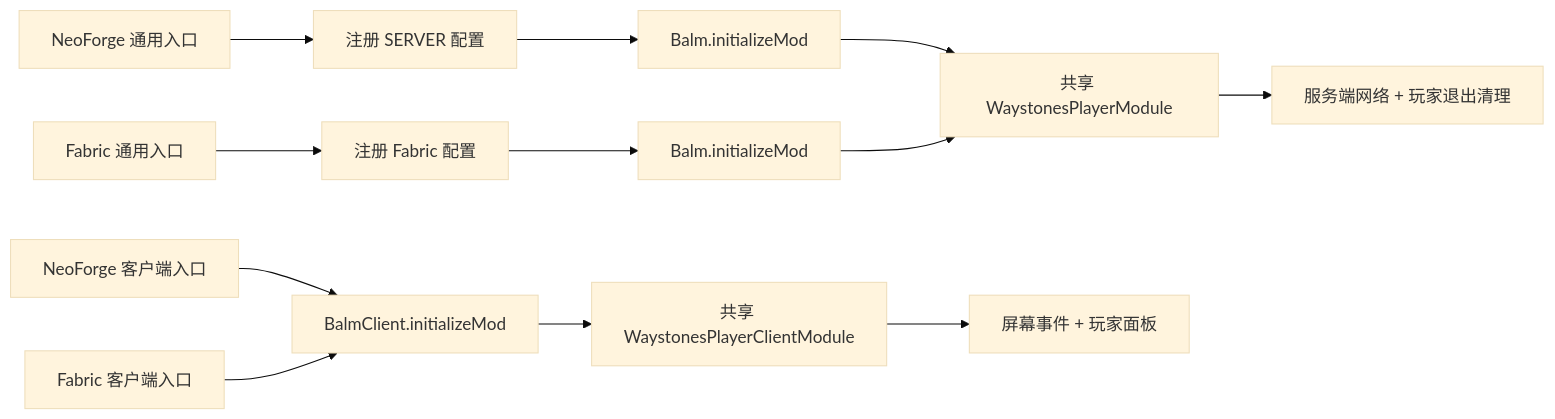
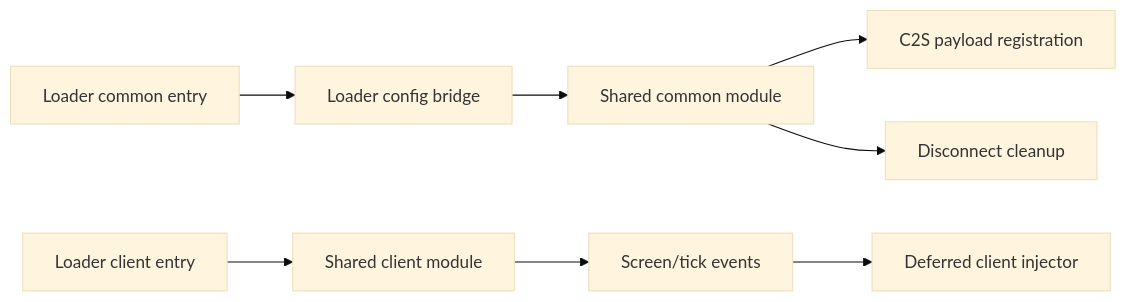
One commit to PalosJ/Waystones-Player-to-player-TP changed the diagram in docs/ARCHITECTURE.md. Above: the diagram before and after it, drawn with Mermaid (base theme). The commit also changed other lines of this file and 60 other files, not shown here.

Commit message:
Harden canonical architecture and player destinations

````diff
--- a/docs/ARCHITECTURE.md
+++ b/docs/ARCHITECTURE.md
@@ -52,15 +51,10 @@
 ```mermaid
 flowchart LR
-    N["NeoForge 通用入口"] --> NC["注册 SERVER 配置"]
-    NC --> NB["Balm.initializeMod"]
-    F["Fabric 通用入口"] --> FC["注册 Fabric 配置"]
-    FC --> FB["Balm.initializeMod"]
-    NB --> M["共享 WaystonesPlayerModule"]
-    FB --> M
-    M --> S["服务端网络 + 玩家退出清理"]
-
-    NCL["NeoForge 客户端入口"] --> BCL["BalmClient.initializeMod"]
-    FCL["Fabric 客户端入口"] --> BCL
-    BCL --> CM["共享 WaystonesPlayerClientModule"]
-    CM --> UI["屏幕事件 + 玩家面板"]
+    L["Loader common entry"] --> C["Loader config bridge"]
+    C --> M["Shared common module"]
+    M --> N["C2S payload registration"]
+    M --> X["Disconnect cleanup"]
+    LC["Loader client entry"] --> CM["Shared client module"]
+    CM --> SE["Screen/tick events"]
+    SE --> UI["Deferred client injector"]
 ```
````
